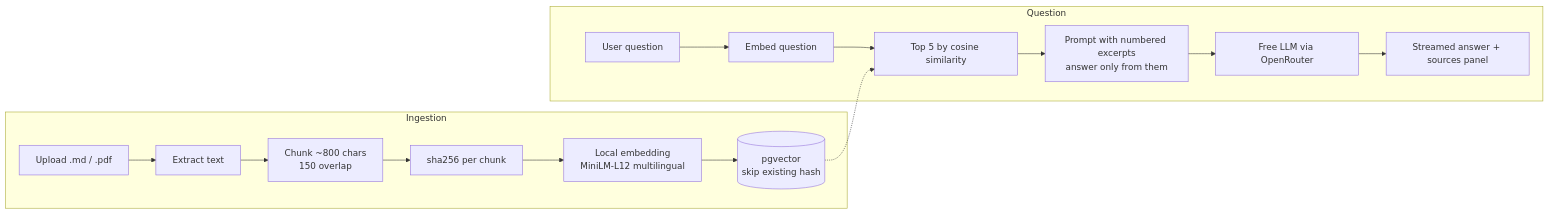
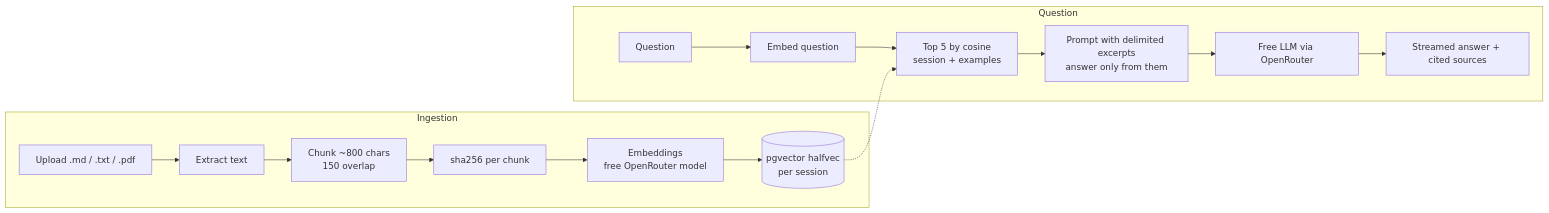
The diagram in README.md (CodeDeivid/rag-next-demo), drawn with Mermaid before and after one commit. The commit also changed other lines of this file and 102 other files, not shown here.

````diff
--- a/README.md
+++ b/README.md
@@ -19,18 +42,18 @@
 ```mermaid
 flowchart LR
   subgraph Ingestion
-    A[Upload .md / .pdf] --> B[Extract text]
+    A[Upload .md / .txt / .pdf] --> B[Extract text]
     B --> C[Chunk ~800 chars<br/>150 overlap]
     C --> D[sha256 per chunk]
-    D --> E[Local embedding<br/>MiniLM-L12 multilingual]
-    E --> F[(pgvector<br/>skip existing hash)]
+    D --> E[Embeddings<br/>free OpenRouter model]
+    E --> F[(pgvector halfvec<br/>per session)]
   end
   subgraph Question
-    Q[User question] --> G[Embed question]
-    G --> H[Top 5 by cosine similarity]
+    Q[Question] --> G[Embed question]
+    G --> H[Top 5 by cosine<br/>session + examples]
     F -.-> H
-    H --> I[Prompt with numbered excerpts<br/>answer only from them]
+    H --> I[Prompt with delimited excerpts<br/>answer only from them]
     I --> J[Free LLM via OpenRouter]
-    J --> K[Streamed answer + sources panel]
+    J --> K[Streamed answer + cited sources]
   end
 ```
````
